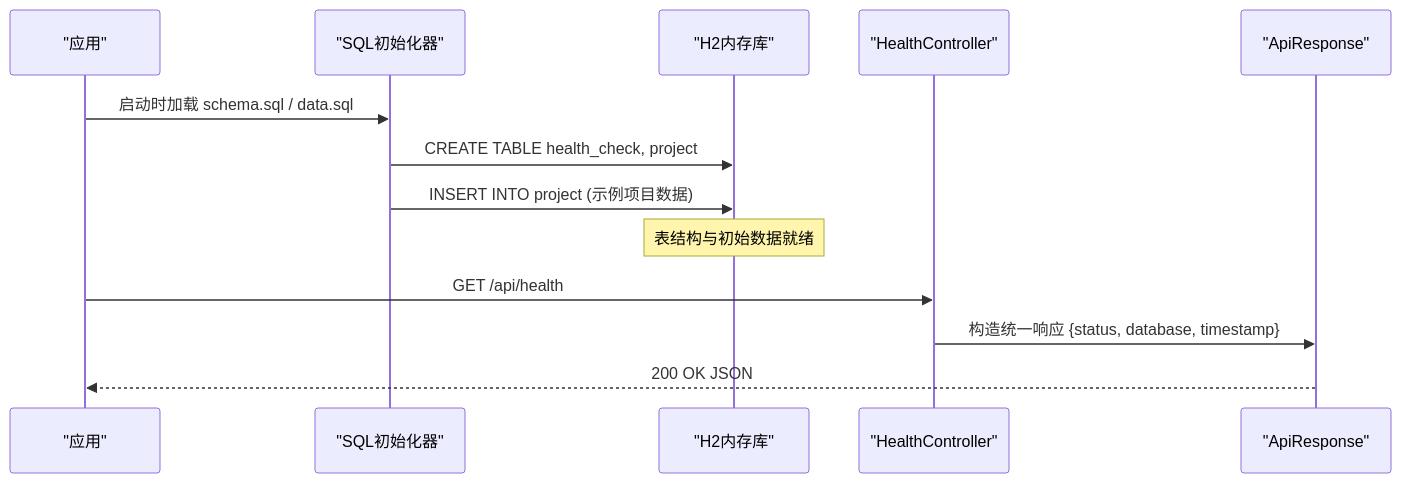
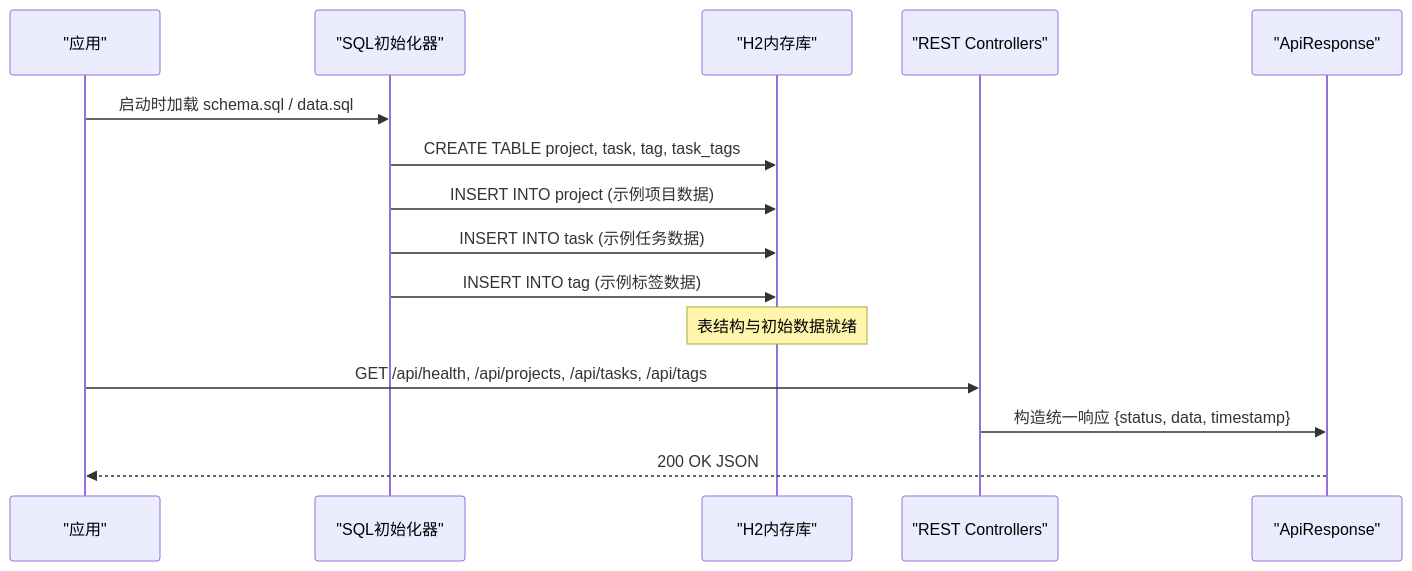
The second of 5 diagrams in .qoder/repowiki/zh/content/数据库设计.md (zhou9832/test1-qoder), drawn with Mermaid before and after one commit. The commit also changed other lines of this file and 92 other files, not shown here.

````diff
--- a/.qoder/repowiki/zh/content/数据库设计.md
+++ b/.qoder/repowiki/zh/content/数据库设计.md
@@ -78,15 +82,17 @@
 ```mermaid
 sequenceDiagram
 participant App as "应用"
 participant Init as "SQL初始化器"
 participant DB as "H2内存库"
-participant API as "HealthController"
+participant API as "REST Controllers"
 participant Resp as "ApiResponse"
 App->>Init : 启动时加载 schema.sql / data.sql
-Init->>DB : CREATE TABLE health_check, project
+Init->>DB : CREATE TABLE project, task, tag, task_tags
 Init->>DB : INSERT INTO project (示例项目数据)
+Init->>DB : INSERT INTO task (示例任务数据)
+Init->>DB : INSERT INTO tag (示例标签数据)
 Note over DB : 表结构与初始数据就绪
-App->>API : GET /api/health
-API->>Resp : 构造统一响应 {status, database, timestamp}
+App->>API : GET /api/health, /api/projects, /api/tasks, /api/tags
+API->>Resp : 构造统一响应 {status, data, timestamp}
 Resp-->>App : 200 OK JSON
 ```
````
